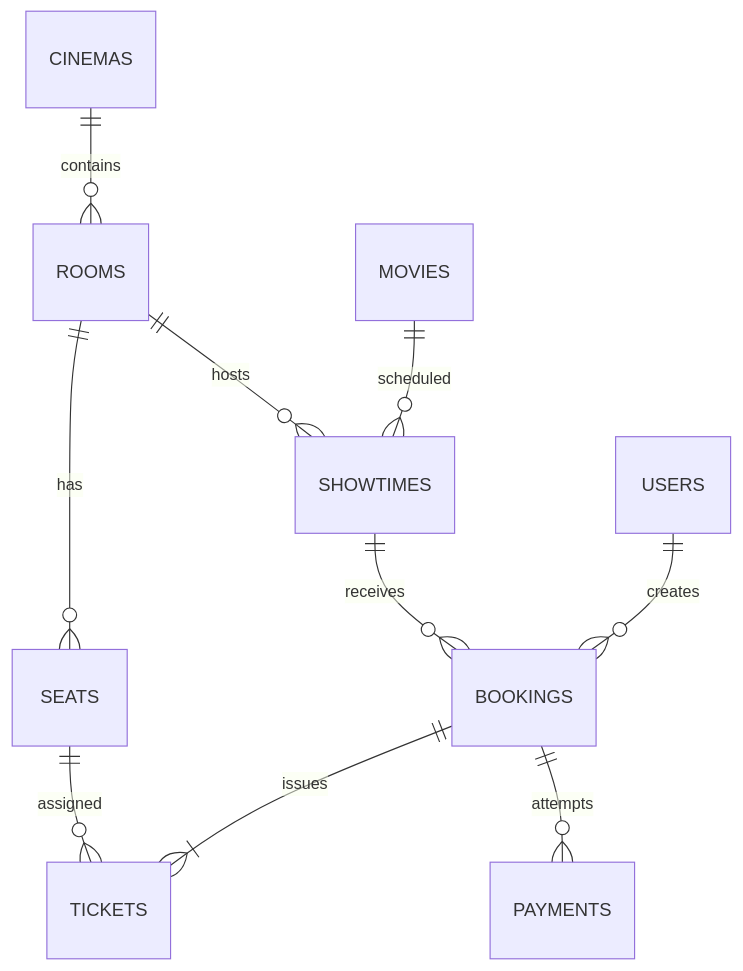
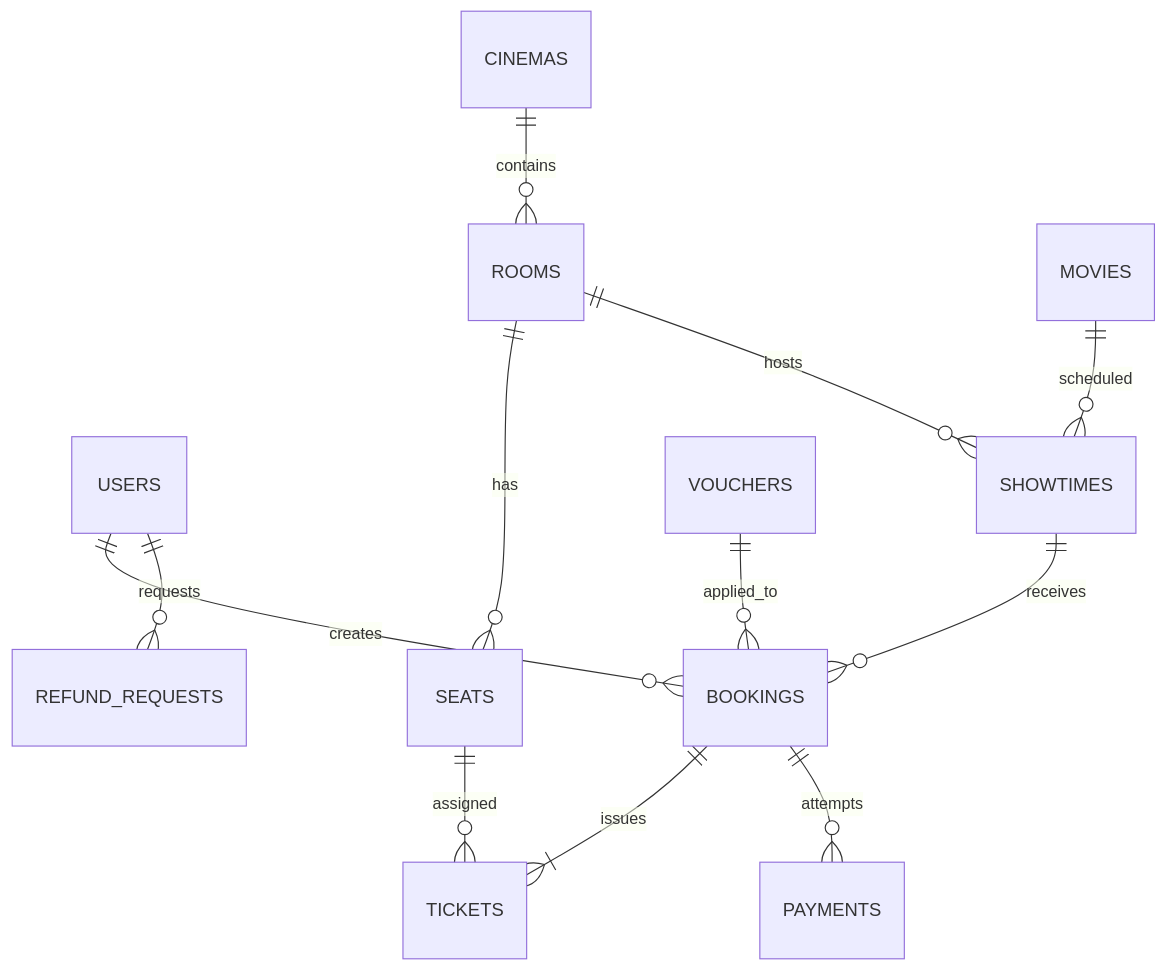
One commit to dnthtrucs/CinemaStar changed the diagram in docs/ARCHITECTURE.md. Above: the diagram before and after it, drawn with Mermaid. The commit also changed other lines of this file, not shown here.

````diff
--- a/docs/ARCHITECTURE.md
+++ b/docs/ARCHITECTURE.md
@@ -9,12 +17,14 @@
-```mermaid
+~~~mermaid
 erDiagram
     USERS ||--o{ BOOKINGS : creates
+    USERS ||--o{ REFUND_REQUESTS : requests
     CINEMAS ||--o{ ROOMS : contains
     ROOMS ||--o{ SEATS : has
     MOVIES ||--o{ SHOWTIMES : scheduled
     ROOMS ||--o{ SHOWTIMES : hosts
     SHOWTIMES ||--o{ BOOKINGS : receives
     BOOKINGS ||--|{ TICKETS : issues
     SEATS ||--o{ TICKETS : assigned
     BOOKINGS ||--o{ PAYMENTS : attempts
-```
+    VOUCHERS ||--o{ BOOKINGS : applied_to
+~~~
````
